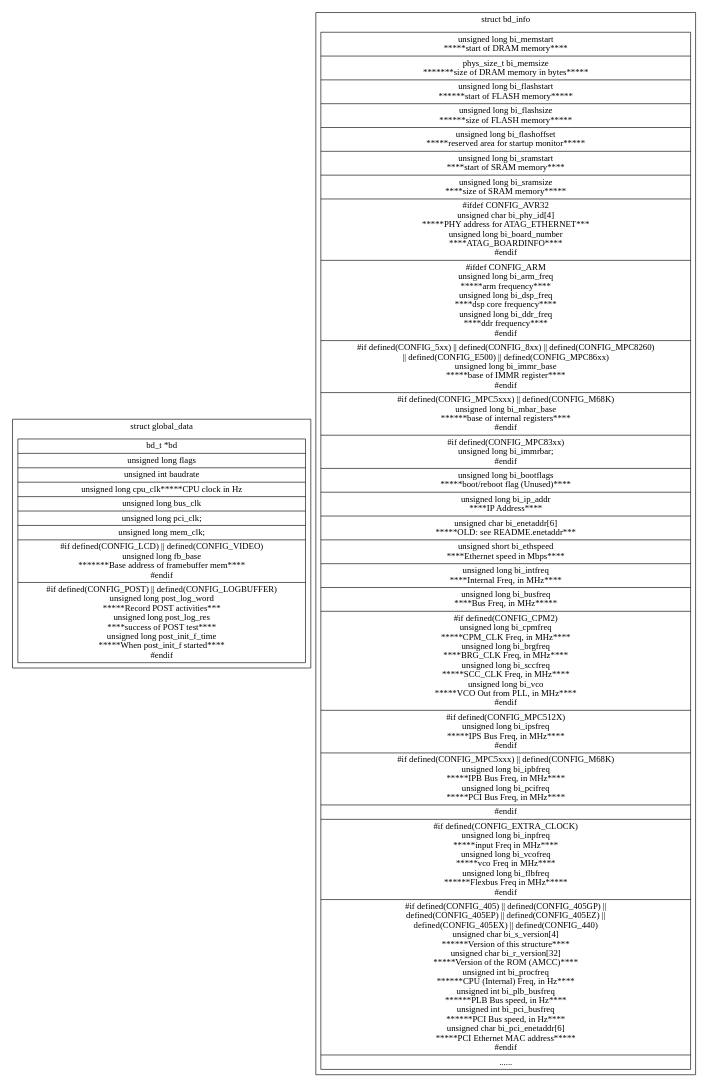
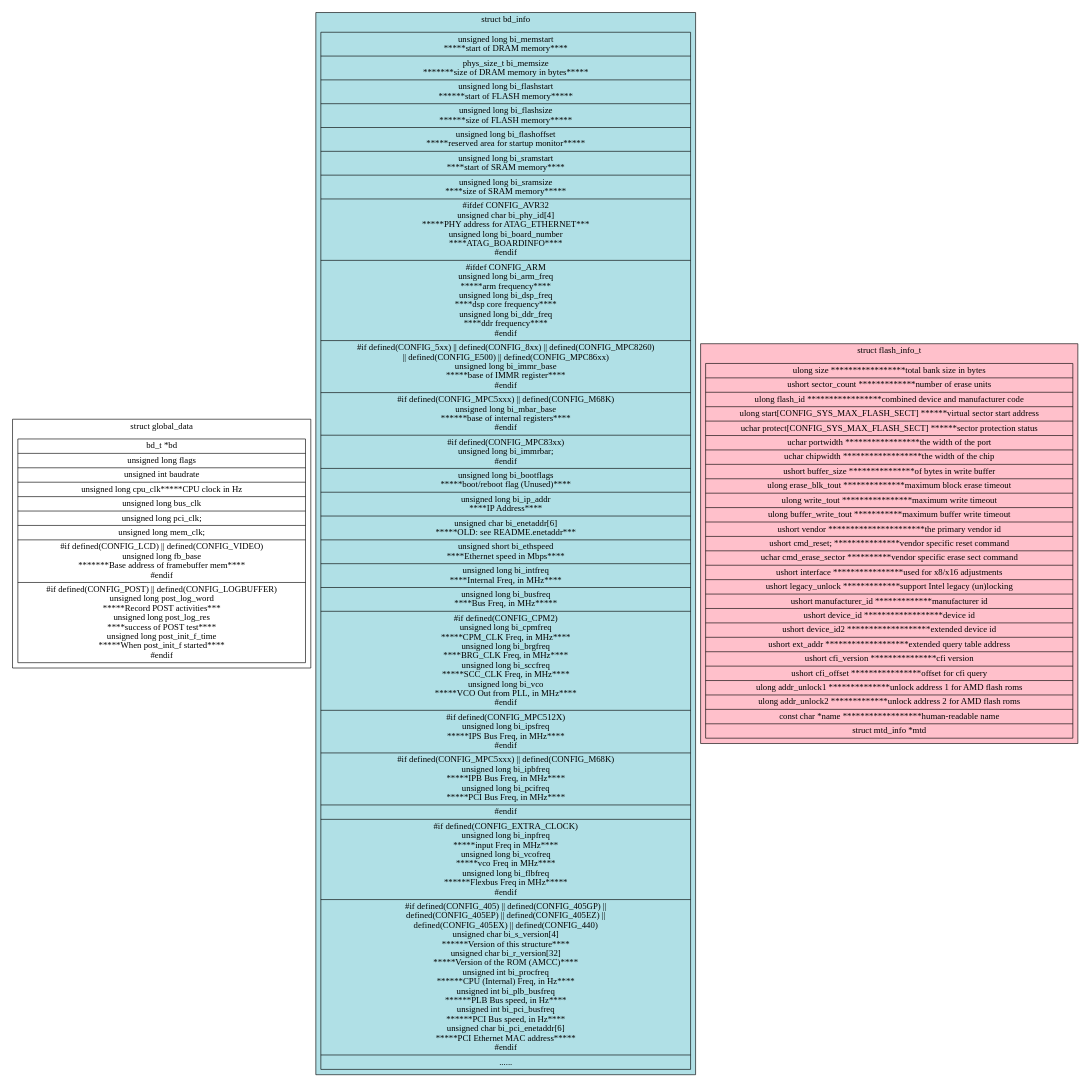
The diagram in graphviz/uboot/uboot.dot (YsuXia/Debian-Learning), drawn with Graphviz before and after one commit. The commit also changed 1 other file, not shown here.

```diff
--- a/graphviz/uboot/uboot.dot
+++ b/graphviz/uboot/uboot.dot
@@ -1,108 +1,140 @@
 digraph uboot{
 	node[shape=record];
 	subgraph cluster_struct_global_data{
 		label="struct global_data";
 		"struct global_data"[label="{
 		bd_t *bd
     	|unsigned long flags
     	|unsigned int baudrate
     	|unsigned long cpu_clk*****CPU clock in Hz
     	|unsigned long bus_clk
 		|unsigned long pci_clk;
     	|unsigned long mem_clk;
 		|\#if defined(CONFIG_LCD) \|\| defined(CONFIG_VIDEO)
     	\nunsigned long fb_base\n*******Base address of framebuffer mem****
 		\n\#endif
 		|\#if defined(CONFIG_POST) \|\| defined(CONFIG_LOGBUFFER)
     	\nunsigned long post_log_word\n*****Record POST activities***
     	\nunsigned long post_log_res\n****success of POST test****
     	\nunsigned long post_init_f_time\n*****When post_init_f started****
 		\n\#endif
 
 
 		}"];
 	}
 
 	subgraph cluster_struct_bd_info{
 		label="struct bd_info";
+		bgcolor="powderblue";
 		"struct bd_info"[label="{
 		unsigned long   bi_memstart\n*****start of DRAM memory****
     	|phys_size_t bi_memsize\n*******size  of DRAM memory in bytes*****
     	|unsigned long   bi_flashstart\n******start of FLASH memory*****
     	|unsigned long   bi_flashsize\n******size  of FLASH memory*****
     	|unsigned long   bi_flashoffset\n*****reserved area for startup monitor*****
     	|unsigned long   bi_sramstart\n****start of SRAM memory****
     	|unsigned long   bi_sramsize\n****size  of SRAM memory*****
 		|\#ifdef CONFIG_AVR32
     	\nunsigned char   bi_phy_id\[4\]\n*****PHY address for ATAG_ETHERNET***
     	\nunsigned long   bi_board_number\n****ATAG_BOARDINFO****
 		\n\#endif
 		|\#ifdef CONFIG_ARM
     	\nunsigned long   bi_arm_freq\n*****arm frequency****
     	\nunsigned long   bi_dsp_freq\n****dsp core frequency****
     	\nunsigned long   bi_ddr_freq\n****ddr frequency****
 		\n\#endif
 		|\#if defined(CONFIG_5xx) \|\| defined(CONFIG_8xx) \|\| defined(CONFIG_MPC8260)\n
     	\|\| defined(CONFIG_E500) \|\| defined(CONFIG_MPC86xx)\n
     	unsigned long   bi_immr_base\n*****base of IMMR register****
 		\n\#endif
 		|\#if defined(CONFIG_MPC5xxx) \|\| defined(CONFIG_M68K)
     	\nunsigned long   bi_mbar_base\n******base of internal registers****
 		\n\#endif
 		|\#if defined(CONFIG_MPC83xx)
     	\nunsigned long   bi_immrbar;
 		\n\#endif
 		|unsigned long   bi_bootflags\n*****boot\/reboot flag (Unused)****
     	|unsigned long   bi_ip_addr\n****IP Address****
     	|unsigned char   bi_enetaddr\[6\]\n*****OLD: see README.enetaddr***
     	|unsigned short  bi_ethspeed\n****Ethernet speed in Mbps****
     	|unsigned long   bi_intfreq\n****Internal Freq, in MHz****
     	|unsigned long   bi_busfreq\n****Bus Freq, in MHz*****
 		|\#if defined(CONFIG_CPM2)
     	\nunsigned long   bi_cpmfreq\n*****CPM_CLK Freq, in MHz****
     	\nunsigned long   bi_brgfreq\n****BRG_CLK Freq, in MHz****
     	\nunsigned long   bi_sccfreq\n*****SCC_CLK Freq, in MHz****
     	\nunsigned long   bi_vco\n*****VCO Out from PLL, in MHz****
 		\n\#endif
 		|\#if defined(CONFIG_MPC512X)
     	\nunsigned long   bi_ipsfreq\n*****IPS Bus Freq, in MHz****
 		\n\#endif
 		|\#if defined(CONFIG_MPC5xxx) \|\| defined(CONFIG_M68K)
     	\nunsigned long   bi_ipbfreq\n*****IPB Bus Freq, in MHz****
     	\nunsigned long   bi_pcifreq\n*****PCI Bus Freq, in MHz****
 		|\#endif
 		|\#if defined(CONFIG_EXTRA_CLOCK)
     	\nunsigned long bi_inpfreq\n*****input Freq in MHz****
     	\nunsigned long bi_vcofreq\n*****vco Freq in MHz****
     	\nunsigned long bi_flbfreq\n******Flexbus Freq in MHz*****
 		\n\#endif
 		|\#if defined(CONFIG_405) \|\| defined(CONFIG_405GP) \|\|\n
         defined(CONFIG_405EP) \|\| defined(CONFIG_405EZ) \|\|\n
         defined(CONFIG_405EX) \|\| defined(CONFIG_440)
     	\nunsigned char   bi_s_version\[4\]\n******Version of this structure****
     	\nunsigned char   bi_r_version\[32\]\n*****Version of the ROM (AMCC)****
     	\nunsigned int    bi_procfreq\n******CPU (Internal) Freq, in Hz****
     	\nunsigned int    bi_plb_busfreq\n******PLB Bus speed, in Hz****
     	\nunsigned int    bi_pci_busfreq\n******PCI Bus speed, in Hz****
     	\nunsigned char   bi_pci_enetaddr\[6\]\n*****PCI Ethernet MAC address*****
 		\n\#endif
 		|......
 	}"];
 	}
 
 
-
+	subgraph cluster_struct_flash_info_t{
+		label="struct flash_info_t";
+		bgcolor="pink";
+		"struct flash_info_t"[label="{
+		ulong   size *****************total bank size in bytes
+    |ushort  sector_count *************number of erase units
+    |ulong   flash_id *****************combined device and manufacturer code
+    |ulong   start\[CONFIG_SYS_MAX_FLASH_SECT\] ******virtual sector start address
+    |uchar   protect\[CONFIG_SYS_MAX_FLASH_SECT\] ******sector protection status
+    |uchar   portwidth  *****************the width of the port
+    |uchar   chipwidth  ******************the width of the chip
+    |ushort  buffer_size ***************of bytes in write buffer
+    |ulong   erase_blk_tout **************maximum block erase timeout
+    |ulong   write_tout ****************maximum write timeout
+    |ulong   buffer_write_tout ***********maximum buffer write timeout
+    |ushort  vendor **********************the primary vendor id
+    |ushort  cmd_reset;  ***************vendor specific reset command
+    |uchar   cmd_erase_sector **********vendor specific erase sect command
+    |ushort  interface  ****************used for x8\/x16 adjustments
+    |ushort  legacy_unlock *************support Intel legacy \(un\)locking
+    |ushort  manufacturer_id  *************manufacturer id
+    |ushort  device_id  ******************device id
+    |ushort  device_id2 *******************extended device id
+    |ushort  ext_addr  *******************extended query table address
+    |ushort  cfi_version  ***************cfi version
+    |ushort  cfi_offset   ****************offset for cfi query
+    |ulong   addr_unlock1  **************unlock address 1 for AMD flash roms
+    |ulong   addr_unlock2 *************unlock address 2 for AMD flash roms
+    |const char *name  ******************human-readable name
+    |struct mtd_info *mtd
+	}"];
+	}
 
 
 
 
 
 
 
 
 
 
 
 
 
 }
```
